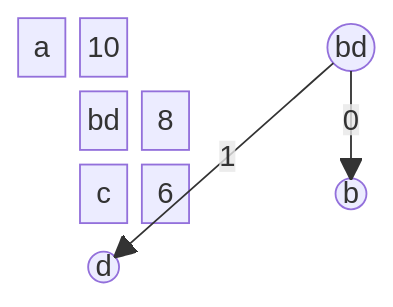
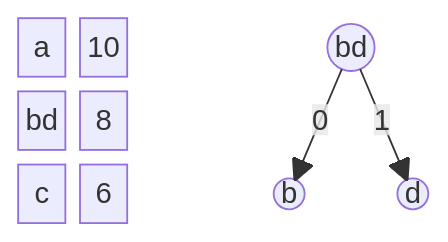
One commit to BenhurUFSM/pod26b changed the second of 6 diagrams in Assuntos/compressao.md. Above: the diagram before and after it, drawn with Mermaid. The commit also changed other lines of this file, not shown here.

````diff
--- a/Assuntos/compressao.md
+++ b/Assuntos/compressao.md
@@ -85,9 +85,9 @@
 ```mermaid
 block
-columns 6
-a 10  space:2 space r(("bd")) space
-bd 8  space:4
-c 6   space:2 re(("b")) space rd(("d"))
+columns 7
+c1["a"] v1["10"]  space:2 space r(("bd")) space
+c2["bd"] v2["8"]  space:5
+c3["c"] v3["6"]   space:2 re(("b")) space rd(("d"))
 r--"0"-->re
 r--"1"-->rd
 ```
````
